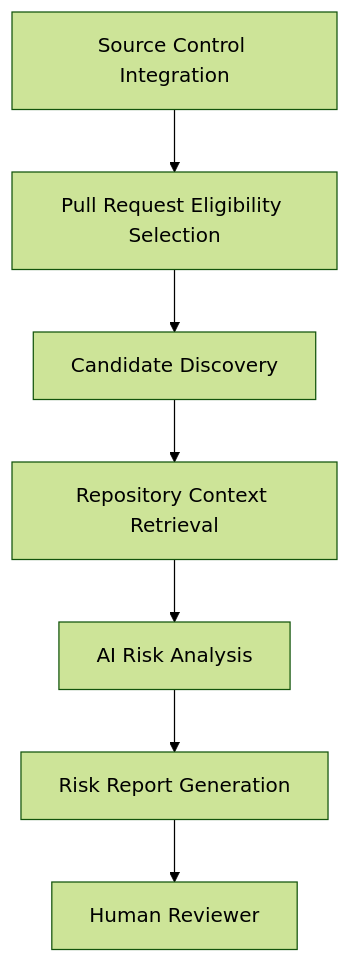
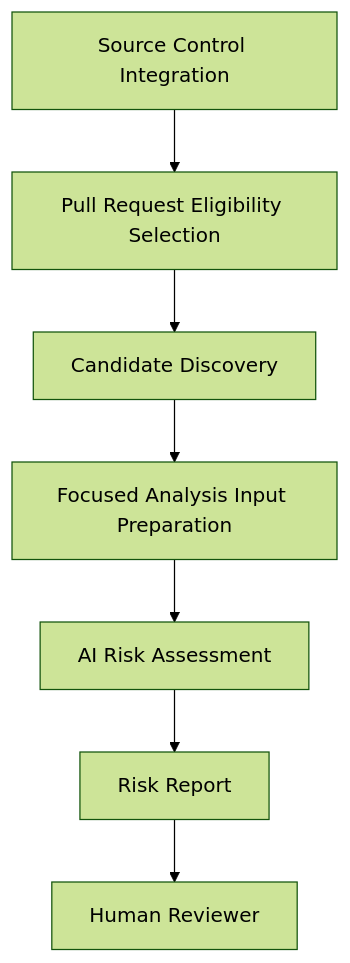
Before and after one commit to sophiatheofanidou/cross-pr-integration-risk-analyzer: the diagram in docs/design/02-architecture.md, drawn with Mermaid (forest theme). The commit also changed other lines of this file and 14 other files, not shown here.

````diff
--- a/docs/design/02-architecture.md
+++ b/docs/design/02-architecture.md
@@ -30,17 +30,17 @@
 ```mermaid
 flowchart TD
     A[Source Control Integration]
     B[Pull Request Eligibility Selection]
     C[Candidate Discovery]
-    D[Repository Context Retrieval]
-    E[AI Risk Analysis]
-    F[Risk Report Generation]
+    D[Focused Analysis Input Preparation]
+    E[AI Risk Assessment]
+    F[Risk Report]
     G[Human Reviewer]
 
     A --> B
     B --> C
     C --> D
     D --> E
     E --> F
     F --> G
 ```
````
